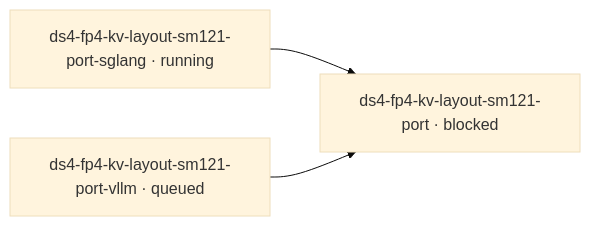
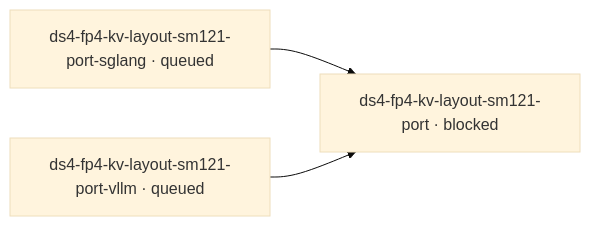
Before and after one commit to littlecedar/sparkrun-recipe-registry: the diagram in mad-science/STATUS.md, drawn with Mermaid (base theme). The commit also changed other lines of this file, not shown here.

````diff
--- a/mad-science/STATUS.md
+++ b/mad-science/STATUS.md
@@ -22,10 +22,10 @@
 ```mermaid
 flowchart LR
   %% 4 blocked, 2 edges, 3 prose-gated, 0 question-gated, 0 question, 7 rows not drawn (--all)
   t1["ds4-fp4-kv-layout-sm121-port · blocked"]
-  t2["ds4-fp4-kv-layout-sm121-port-sglang · running"]
+  t2["ds4-fp4-kv-layout-sm121-port-sglang · queued"]
   t3["ds4-fp4-kv-layout-sm121-port-vllm · queued"]
   t2 --> t1
   t3 --> t1
   classDef no-recorded-edge stroke-dasharray: 4 3
 ```
````
